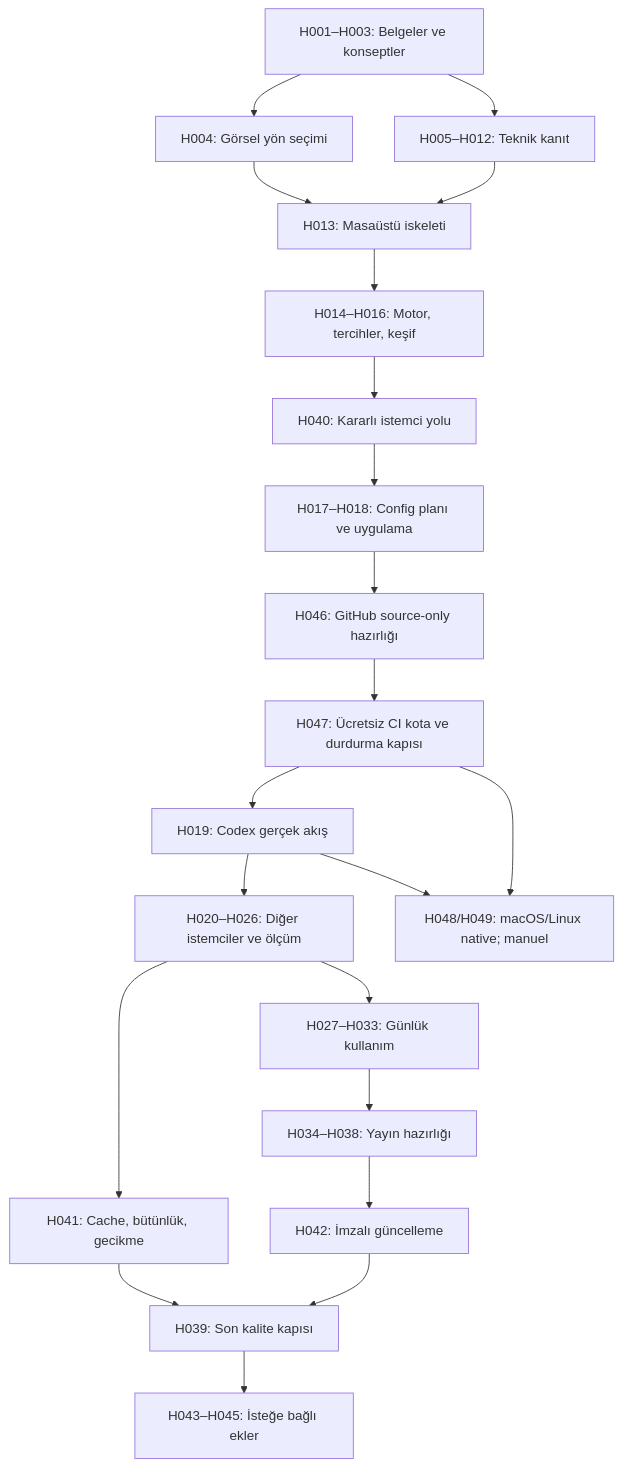
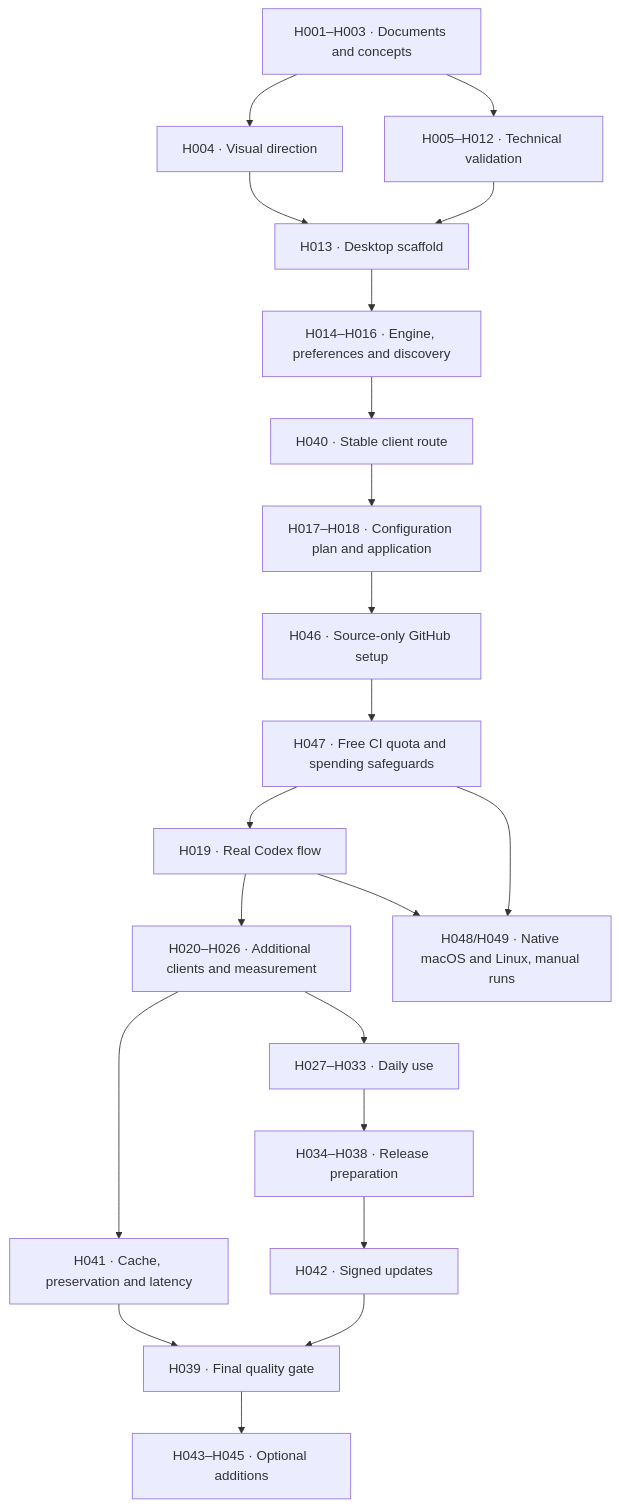
Before and after one commit to yukselbuilds/PennyPinch: the diagram in TASKS.md, drawn with Mermaid. The commit also changed other lines of this file and 4 other files, not shown here.

Commit message:
Update English product and roadmap documentation

````diff
--- a/TASKS.md
+++ b/TASKS.md
@@ -92,23 +121,23 @@
 ```mermaid
 flowchart TD
-    A[H001–H003: Belgeler ve konseptler] --> B[H004: Görsel yön seçimi]
-    A --> C[H005–H012: Teknik kanıt]
-    B --> D[H013: Masaüstü iskeleti]
+    A[H001–H003 · Documents and concepts] --> B[H004 · Visual direction]
+    A --> C[H005–H012 · Technical validation]
+    B --> D[H013 · Desktop scaffold]
     C --> D
-    D --> E0[H014–H016: Motor, tercihler, keşif]
-    E0 --> I[H040: Kararlı istemci yolu]
-    I --> E[H017–H018: Config planı ve uygulama]
-    E --> N[H046: GitHub source-only hazırlığı]
-    N --> O[H047: Ücretsiz CI kota ve durdurma kapısı]
-    O --> E19[H019: Codex gerçek akış]
-    E19 --> F[H020–H026: Diğer istemciler ve ölçüm]
-    F --> G[H027–H033: Günlük kullanım]
-    F --> J[H041: Cache, bütünlük, gecikme]
-    G --> H[H034–H038: Yayın hazırlığı]
-    H --> K[H042: İmzalı güncelleme]
-    J --> L[H039: Son kalite kapısı]
+    D --> E0[H014–H016 · Engine, preferences and discovery]
+    E0 --> I[H040 · Stable client route]
+    I --> E[H017–H018 · Configuration plan and application]
+    E --> N[H046 · Source-only GitHub setup]
+    N --> O[H047 · Free CI quota and spending safeguards]
+    O --> E19[H019 · Real Codex flow]
+    E19 --> F[H020–H026 · Additional clients and measurement]
+    F --> G[H027–H033 · Daily use]
+    F --> J[H041 · Cache, preservation and latency]
+    G --> H[H034–H038 · Release preparation]
+    H --> K[H042 · Signed updates]
+    J --> L[H039 · Final quality gate]
     K --> L
-    L --> M[H043–H045: İsteğe bağlı ekler]
-    E19 --> P[H048/H049: macOS/Linux native; manuel]
+    L --> M[H043–H045 · Optional additions]
+    E19 --> P[H048/H049 · Native macOS and Linux, manual runs]
     O --> P
 ```
````
